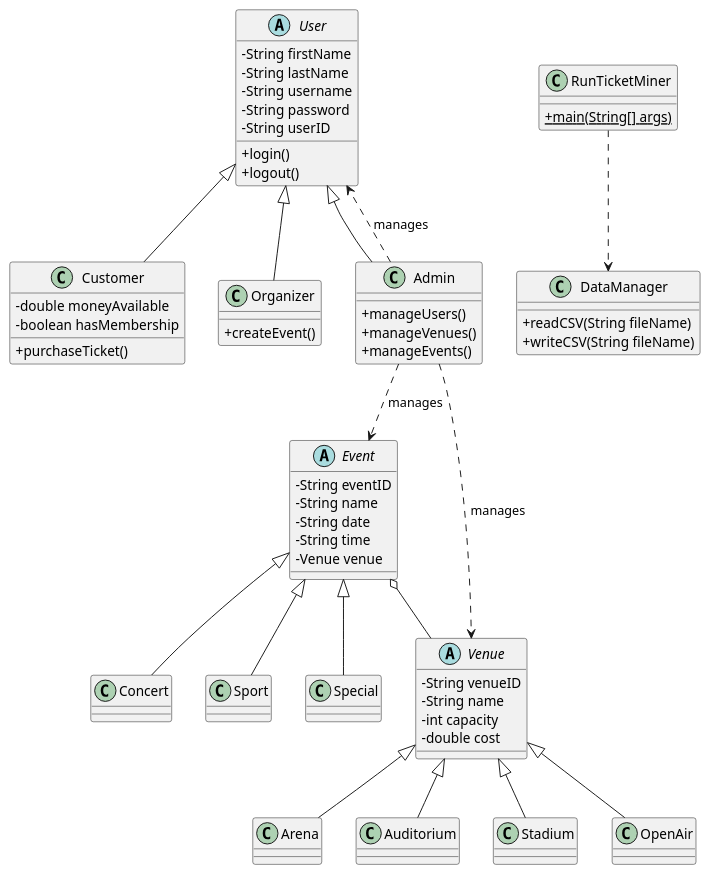
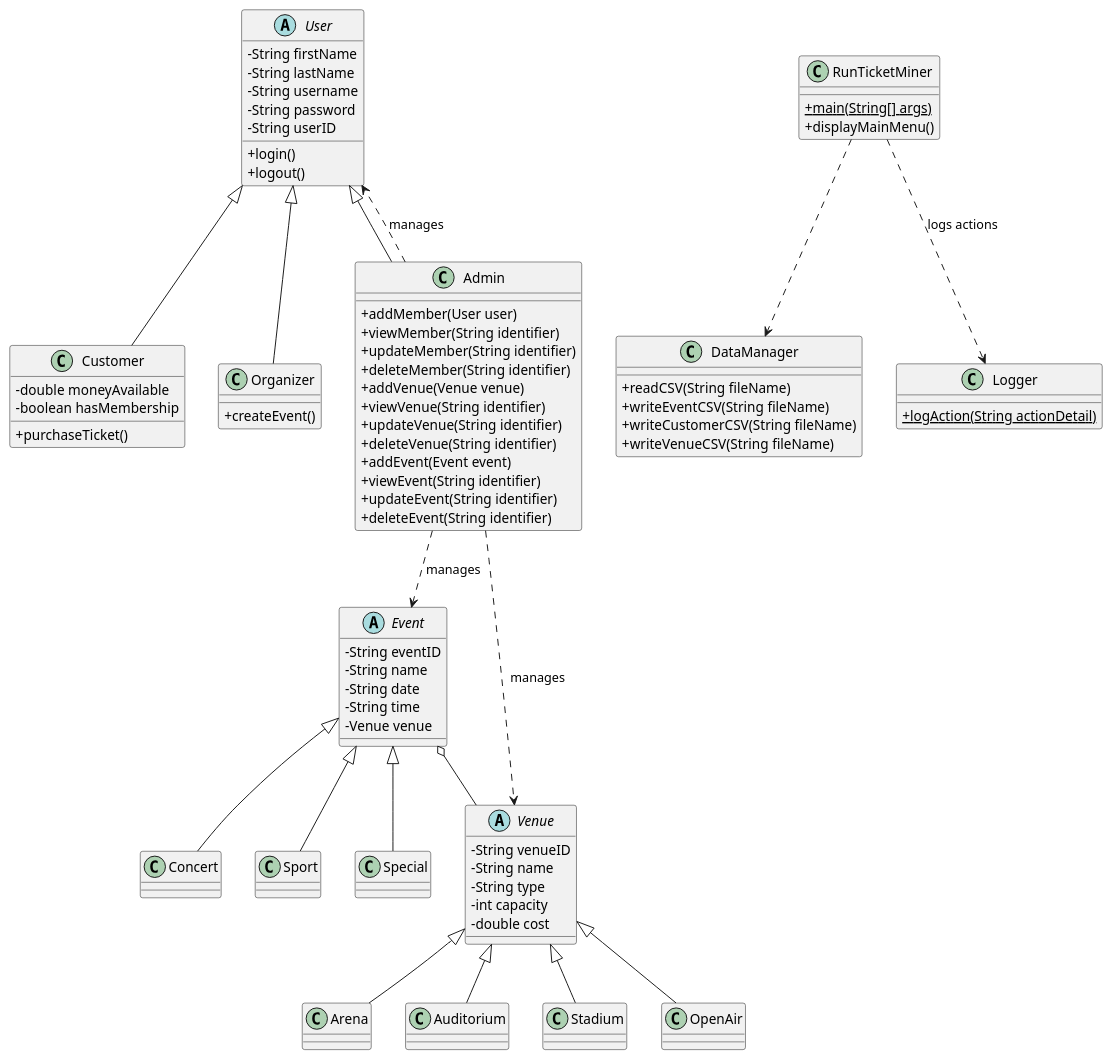
One commit to jluna4072/TicketMiner changed the diagram in ClassDiagram.puml. Above: the diagram before and after it, drawn with PlantUML. The commit also changed 3 other files, not shown here.

First line of the commit message:
Update class diagram

```diff
--- a/ClassDiagram.puml
+++ b/ClassDiagram.puml
@@ -1,84 +1,92 @@
 @startuml name
 skinparam classAttributeIconSize 0
-
-' --- Core Hierarchies ---
 
 abstract class User {
     - String firstName
     - String lastName
     - String username
     - String password
     - String userID
     + login()
     + logout()
 }
 class Customer {
     - double moneyAvailable
     - boolean hasMembership
     + purchaseTicket()
 }
 
 class Organizer {
     + createEvent()
 }
 
 class Admin {
-    + manageUsers()
-    + manageVenues()
-    + manageEvents()
+    + addMember(User user)
+    + viewMember(String identifier)
+    + updateMember(String identifier)
+    + deleteMember(String identifier)
+    + addVenue(Venue venue)
+    + viewVenue(String identifier)
+    + updateVenue(String identifier)
+    + deleteVenue(String identifier)
+    + addEvent(Event event)
+    + viewEvent(String identifier)
+    + updateEvent(String identifier)
+    + deleteEvent(String identifier)
 }
-
-' --- Event Hierarchy ---
 
 abstract class Event {
     - String eventID
     - String name
     - String date
     - String time
     - Venue venue
 }
 
 class Concert extends Event
 class Sport extends Event
 class Special extends Event
 
-' --- Venue Hierarchy ---
-
 abstract class Venue {
     - String venueID
     - String name
+    - String type
     - int capacity
     - double cost
 }
 
 class Arena extends Venue
 class Auditorium extends Venue
 class Stadium extends Venue
 class OpenAir extends Venue
 
-' --- System Management ---
-
 class RunTicketMiner {
     + {static} main(String[] args)
+    + displayMainMenu()
 }
 
 class DataManager {
     + readCSV(String fileName)
-    + writeCSV(String fileName)
+    + writeEventCSV(String fileName)
+    + writeCustomerCSV(String fileName)
+    + writeVenueCSV(String fileName)
+}
+
+class Logger {
+    + {static} logAction(String actionDetail)
 }
 
 ' --- Relationships ---
 
 User <|-- Customer 
 User <|-- Organizer
 User <|-- Admin
 
 Event o-- Venue
 Admin ..> User : manages
 Admin ..> Venue : manages
 Admin ..> Event : manages
 
 RunTicketMiner ..> DataManager
-
-
+RunTicketMiner ..> Logger : logs actions
 @enduml
```
